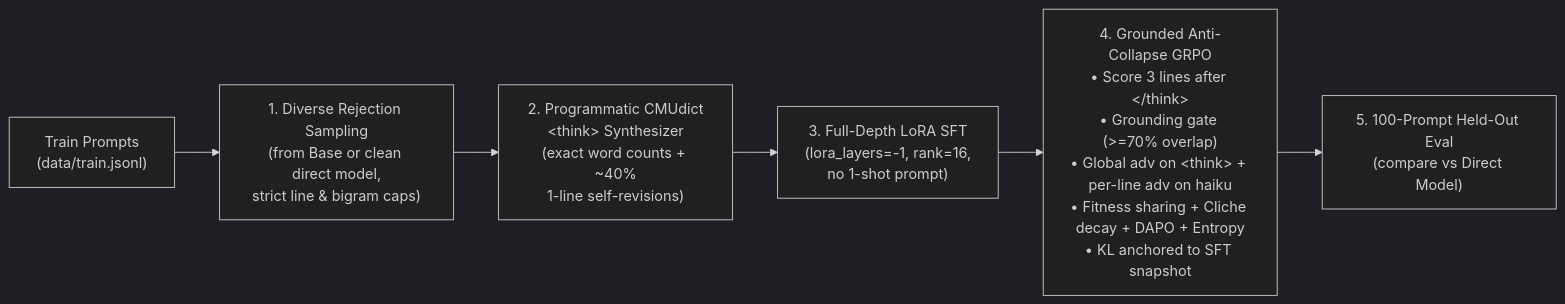
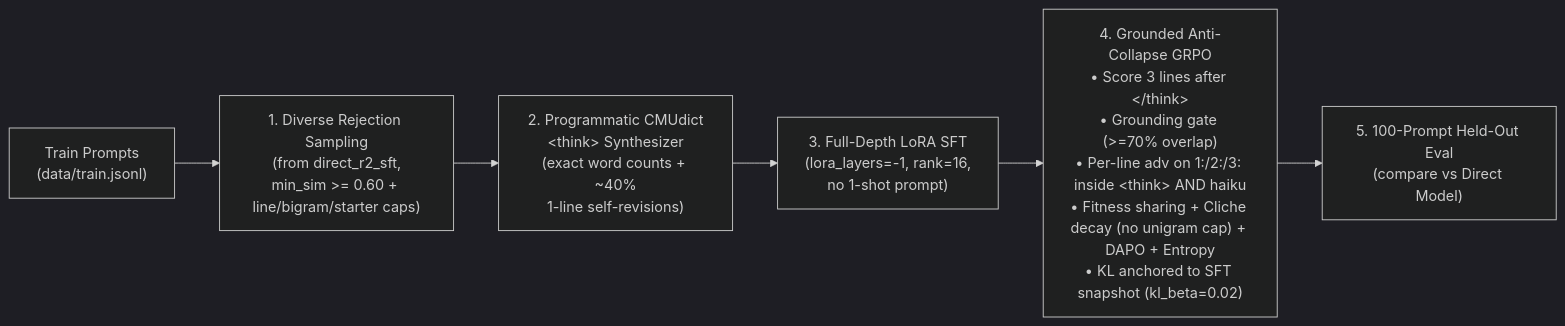
One commit to kweithers/grpo-haiku changed the diagram in docs/think_grpo_plan.md. Above: the diagram before and after it, drawn with Mermaid (dark theme). The commit also changed other lines of this file, not shown here.

Commit message:
docs: refine Track B grounded think plan with Track A R2 lessons

````diff
--- a/docs/think_grpo_plan.md
+++ b/docs/think_grpo_plan.md
@@ -43,8 +44,8 @@
 ```mermaid
 flowchart LR
-    D["Train Prompts\n(data/train.jsonl)"] --> C["1. Diverse Rejection Sampling\n(from Base or clean direct model,\nstrict line &amp; bigram caps)"]
+    D["Train Prompts\n(data/train.jsonl)"] --> C["1. Diverse Rejection Sampling\n(from direct_r2_sft,\nmin_sim >= 0.60 + line/bigram/starter caps)"]
     C --> S["2. Programmatic CMUdict\n&lt;think&gt; Synthesizer\n(exact word counts + ~40%\n1-line self-revisions)"]
     S --> SFT["3. Full-Depth LoRA SFT\n(lora_layers=-1, rank=16,\nno 1-shot prompt)"]
-    SFT --> GRPO["4. Grounded Anti-Collapse GRPO\n• Score 3 lines after &lt;/think&gt;\n• Grounding gate (&gt;=70% overlap)\n• Global adv on &lt;think&gt; + per-line adv on haiku\n• Fitness sharing + Cliche decay + DAPO + Entropy\n• KL anchored to SFT snapshot"]
+    SFT --> GRPO["4. Grounded Anti-Collapse GRPO\n• Score 3 lines after &lt;/think&gt;\n• Grounding gate (&gt;=70% overlap)\n• Per-line adv on 1:/2:/3: inside &lt;think&gt; AND haiku\n• Fitness sharing + Cliche decay (no unigram cap) + DAPO + Entropy\n• KL anchored to SFT snapshot (kl_beta=0.02)"]
     GRPO --> E["5. 100-Prompt Held-Out Eval\n(compare vs Direct Model)"]
 ```
````
